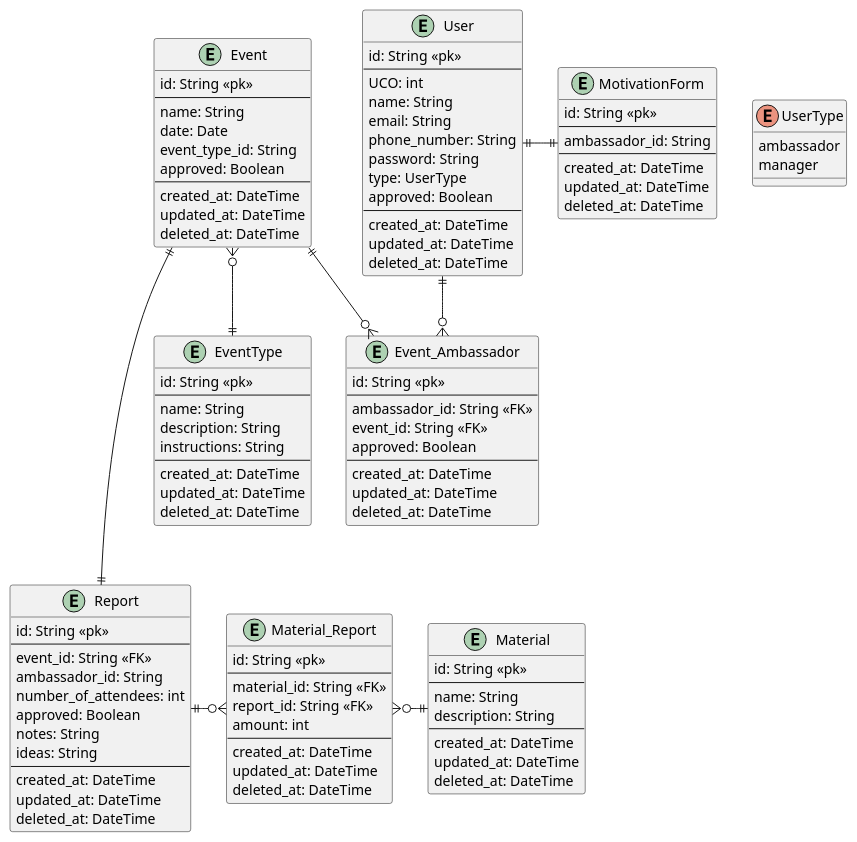
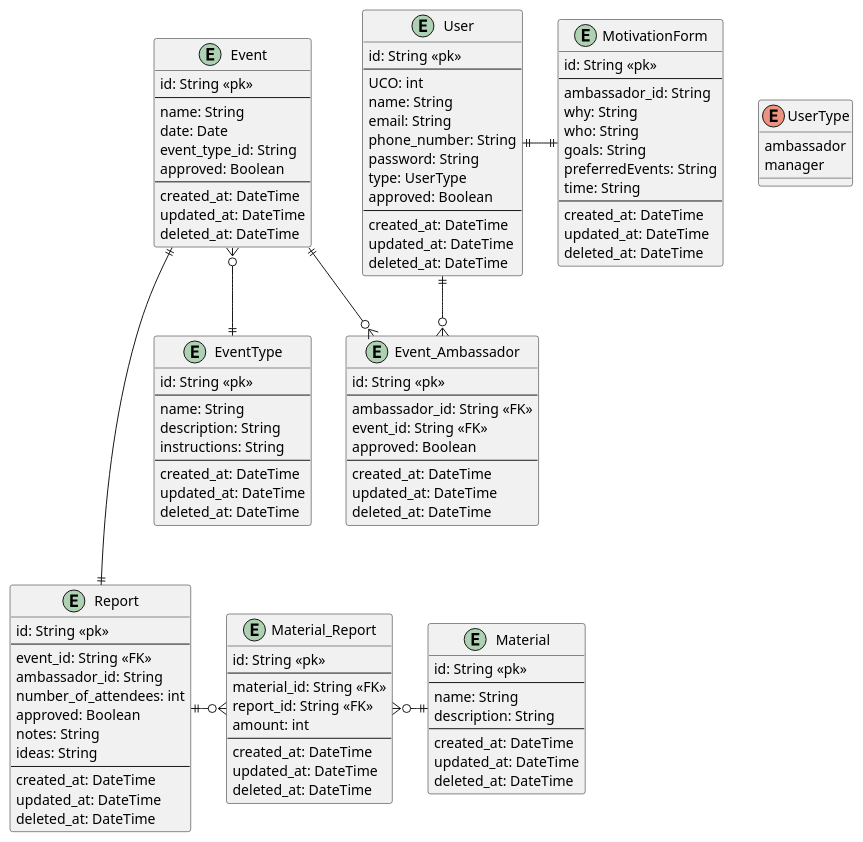
The diagram in diagrams/erd.puml (barhorkaa/ambassadors), drawn with PlantUML before and after one commit.

Commit message:
feat(erd/motivation): added current questions to motivationForm

```diff
--- a/diagrams/erd.puml
+++ b/diagrams/erd.puml
@@ -1,121 +1,126 @@
 @startuml
 'https://plantuml.com/entity-diagram
 
 entity MotivationForm {
   id: String <<pk>>
   --
   ambassador_id: String
-  'answers
+  'answers to questions
+  why: String
+  who: String
+  goals: String
+  preferredEvents: String
+  time: String
   --
   created_at: DateTime
   updated_at: DateTime
   deleted_at: DateTime
 }
 
 entity User {
   id: String <<pk>>
   --
   UCO: int
   name: String
   email: String
   phone_number: String
   password: String
   type: UserType
   approved: Boolean
   --
   created_at: DateTime
   updated_at: DateTime
   deleted_at: DateTime
 }
 
 enum UserType {
   ambassador
   manager
 }
 
 entity Event {
   id: String <<pk>>
   --
   name: String
   date: Date
   event_type_id: String
   approved: Boolean
   --
   created_at: DateTime
   updated_at: DateTime
   deleted_at: DateTime
 }
 
 entity EventType {
   id: String <<pk>>
   --
   name: String
   description: String
   instructions: String
   --
   created_at: DateTime
   updated_at: DateTime
   deleted_at: DateTime
 }
 
 entity Event_Ambassador {
   id: String <<pk>>
   --
   ambassador_id: String <<FK>>
   event_id: String <<FK>>
   approved: Boolean
   --
   created_at: DateTime
   updated_at: DateTime
   deleted_at: DateTime
 }
 
 entity Report {
   id: String <<pk>>
   --
   event_id: String <<FK>>
   ambassador_id: String
   number_of_attendees: int
   approved: Boolean
 'photos
   notes: String
   ideas: String
   --
   created_at: DateTime
   updated_at: DateTime
   deleted_at: DateTime
 }
 
 entity Material_Report {
   id: String <<pk>>
   --
   material_id: String <<FK>>
   report_id: String <<FK>>
   amount: int
   --
   created_at: DateTime
   updated_at: DateTime
   deleted_at: DateTime
 }
 
 entity Material {
   id: String <<pk>>
   --
   name: String
   description: String
   --
   created_at: DateTime
   updated_at: DateTime
   deleted_at: DateTime
 }
 
 Report ||-o{ Material_Report
 Material_Report }o-|| Material
 Event ||---|| Report
 
 User ||-|| MotivationForm
 User ||--o{ Event_Ambassador
 Event ||--o{ Event_Ambassador
 Event }o--|| EventType
 
 @enduml
```
